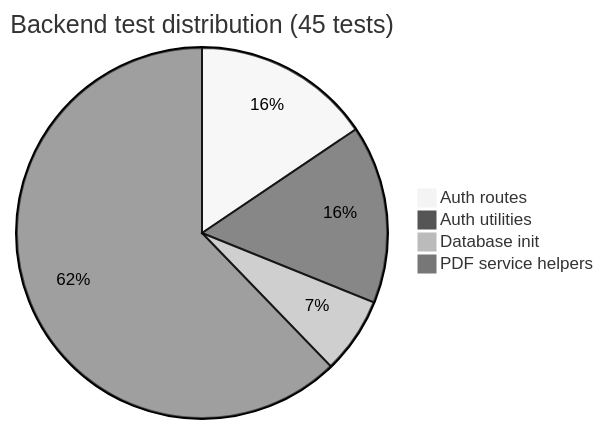
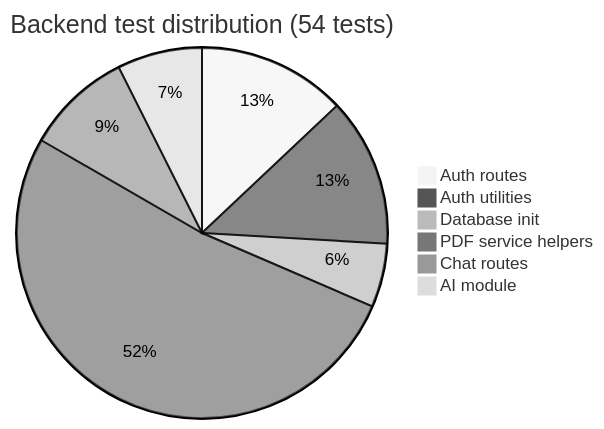
One commit to shaynemeyer/prelegal changed the first of 6 diagrams in docs/test-coverage-report.md. Above: the diagram before and after it, drawn with Mermaid (neutral theme). The commit also changed other lines of this file and 14 other files, not shown here.

````diff
--- a/docs/test-coverage-report.md
+++ b/docs/test-coverage-report.md
@@ -41,7 +43,9 @@
 ```mermaid
-pie title Backend test distribution (45 tests)
+pie title Backend test distribution (54 tests)
     "Auth routes" : 7
     "Auth utilities" : 7
     "Database init" : 3
     "PDF service helpers" : 28
+    "Chat routes" : 5
+    "AI module" : 4
 ```
````
